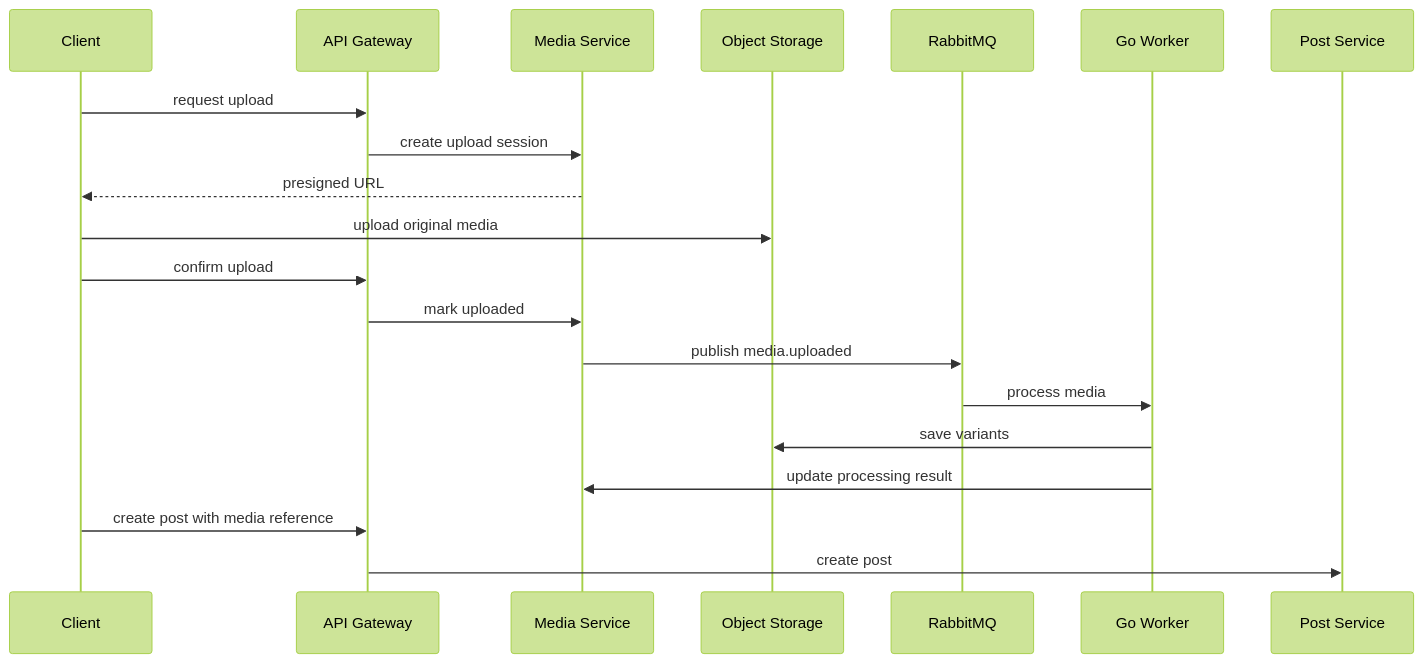
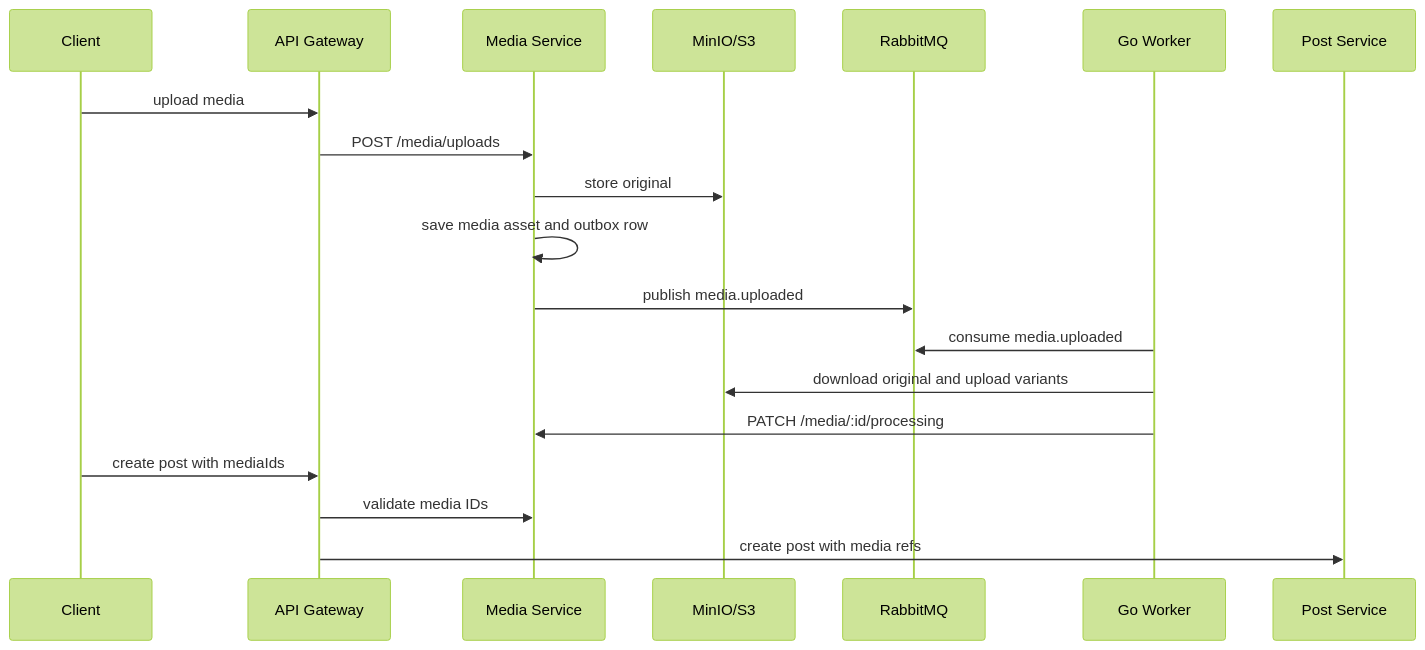
One commit to joyscripts/x.com changed the second of 4 diagrams in docs/system-design.md. Above: the diagram before and after it, drawn with Mermaid (forest theme). The commit also changed other lines of this file and 9 other files, not shown here.

````diff
--- a/docs/system-design.md
+++ b/docs/system-design.md
@@ -467,23 +311,22 @@
 ```mermaid
 sequenceDiagram
     participant C as Client
     participant GW as API Gateway
     participant MS as Media Service
-    participant S3 as Object Storage
+    participant S3 as MinIO/S3
     participant MQ as RabbitMQ
-    participant GO as Go Worker
+    participant W as Go Worker
     participant PS as Post Service
 
-    C->>GW: request upload
-    GW->>MS: create upload session
-    MS-->>C: presigned URL
-    C->>S3: upload original media
-    C->>GW: confirm upload
-    GW->>MS: mark uploaded
+    C->>GW: upload media
+    GW->>MS: POST /media/uploads
+    MS->>S3: store original
+    MS->>MS: save media asset and outbox row
     MS->>MQ: publish media.uploaded
-    MQ->>GO: process media
-    GO->>S3: save variants
-    GO->>MS: update processing result
-    C->>GW: create post with media reference
-    GW->>PS: create post
+    W->>MQ: consume media.uploaded
+    W->>S3: download original and upload variants
+    W->>MS: PATCH /media/:id/processing
+    C->>GW: create post with mediaIds
+    GW->>MS: validate media IDs
+    GW->>PS: create post with media refs
 ```
````
